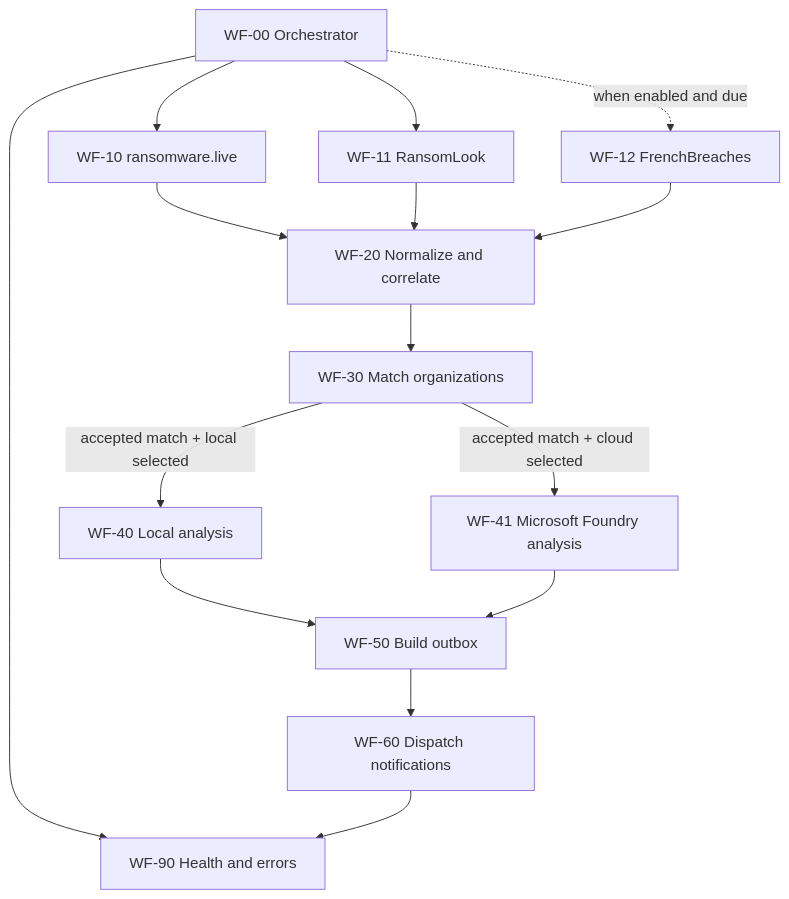
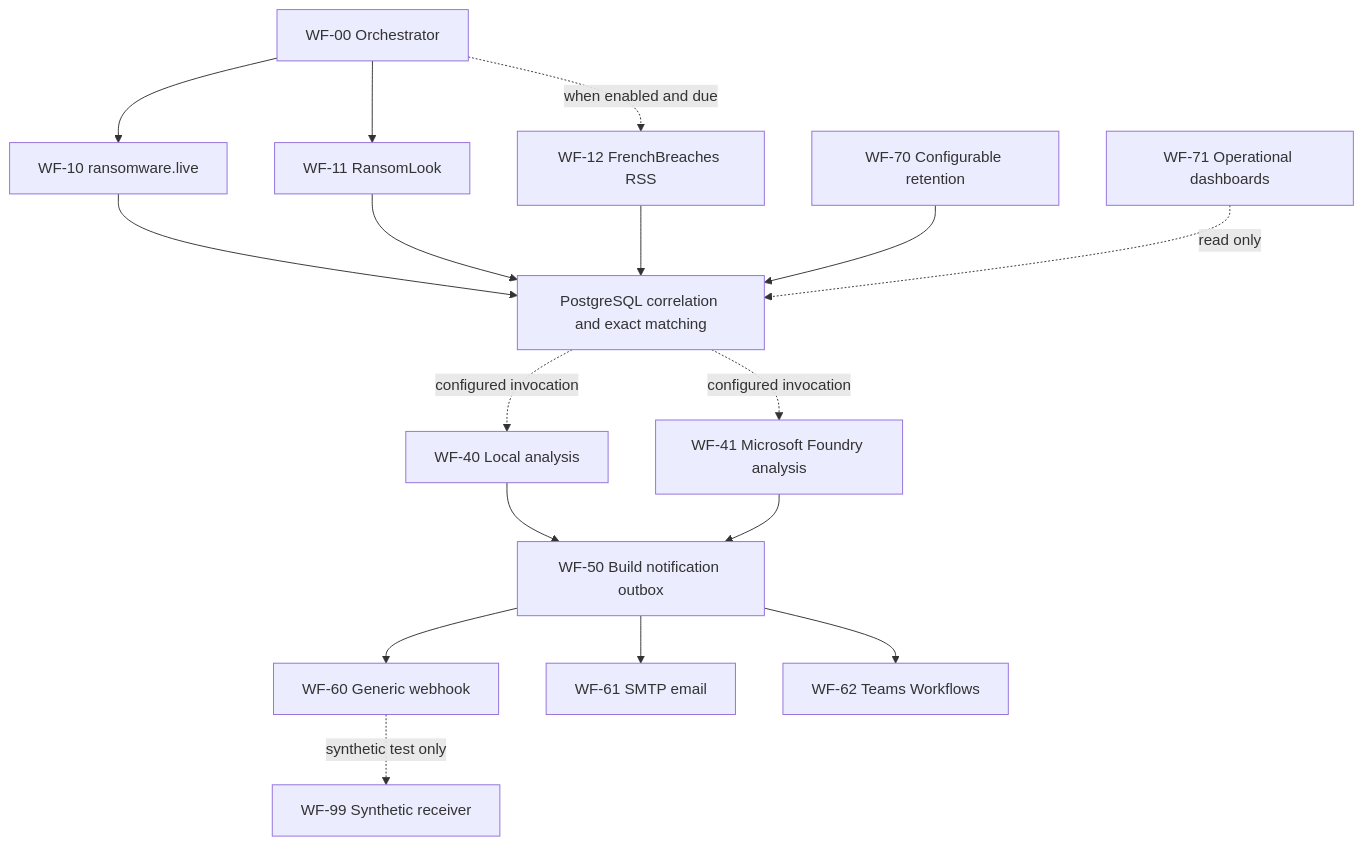
Before and after one commit to DimLeon009/threat-claim-monitor: the third of 6 diagrams in docs/architecture/architecture.md, drawn with Mermaid. The commit also changed other lines of this file and 10 other files, not shown here.

Commit message:
docs: complete v1 architecture and threat review (#15)

````diff
--- a/docs/architecture/architecture.md
+++ b/docs/architecture/architecture.md
@@ -188,29 +193,34 @@
 ```mermaid
 flowchart TB
     W00["WF-00 Orchestrator"]
     W10["WF-10 ransomware.live"]
     W11["WF-11 RansomLook"]
-    W12["WF-12 FrenchBreaches"]
-    W20["WF-20 Normalize and correlate"]
-    W30["WF-30 Match organizations"]
+    W12["WF-12 FrenchBreaches RSS"]
+    DB["PostgreSQL correlation and exact matching"]
     W40["WF-40 Local analysis"]
     W41["WF-41 Microsoft Foundry analysis"]
-    W50["WF-50 Build outbox"]
-    W60["WF-60 Dispatch notifications"]
-    W90["WF-90 Health and errors"]
+    W50["WF-50 Build notification outbox"]
+    W60["WF-60 Generic webhook"]
+    W61["WF-61 SMTP email"]
+    W62["WF-62 Teams Workflows"]
+    W70["WF-70 Configurable retention"]
+    W71["WF-71 Operational dashboards"]
+    W99["WF-99 Synthetic receiver"]
 
     W00 --> W10
     W00 --> W11
     W00 -. "when enabled and due" .-> W12
-    W10 --> W20
-    W11 --> W20
-    W12 --> W20
-    W20 --> W30
-    W30 -->|"accepted match + local selected"| W40
-    W30 -->|"accepted match + cloud selected"| W41
+    W10 --> DB
+    W11 --> DB
+    W12 --> DB
+    DB -. "configured invocation" .-> W40
+    DB -. "configured invocation" .-> W41
     W40 --> W50
     W41 --> W50
     W50 --> W60
-    W00 --> W90
-    W60 --> W90
+    W50 --> W61
+    W50 --> W62
+    W60 -. "synthetic test only" .-> W99
+    W70 --> DB
+    W71 -. "read only" .-> DB
 ```
````
